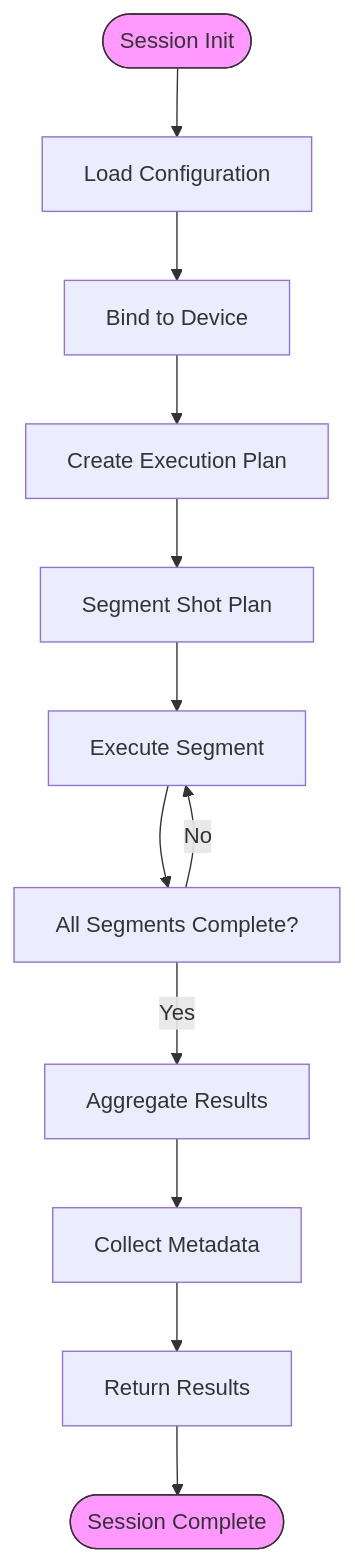
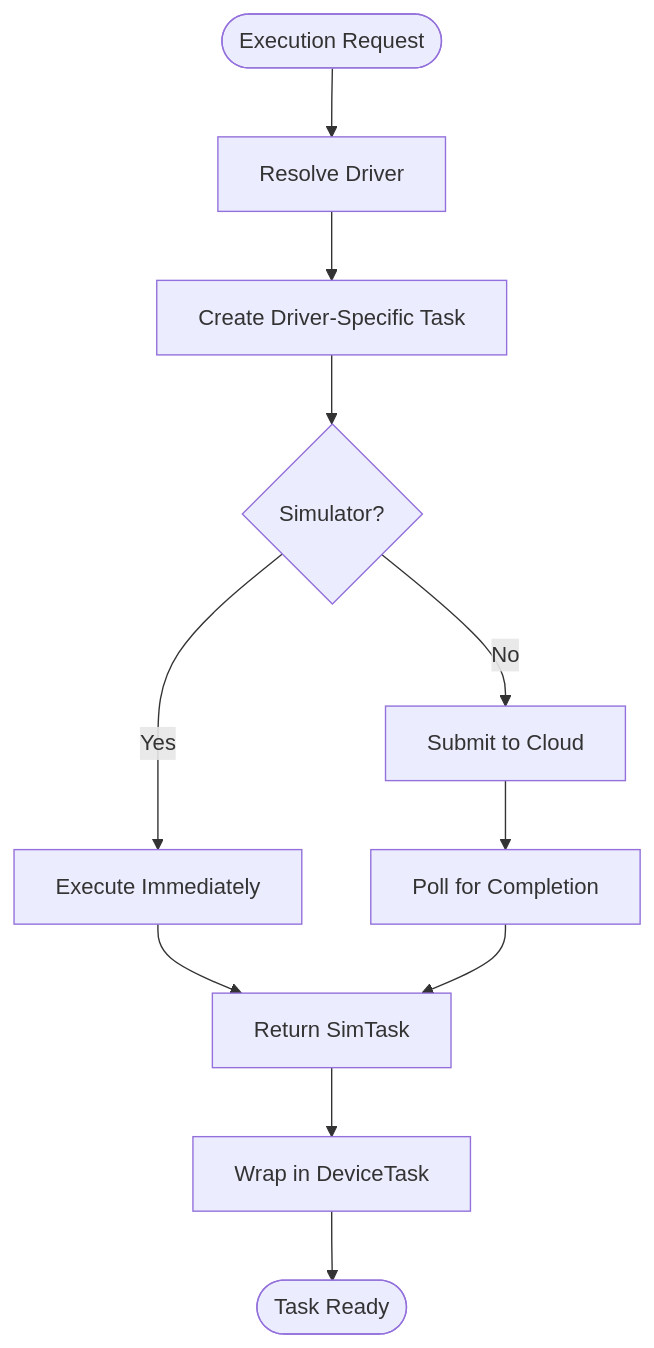
The third of 4 diagrams in .qoder/repowiki/en/content/Device Configuration and Session Management.md (QureGenAI-Biotech/TyxonQ), drawn with Mermaid before and after one commit. The commit also changed other lines of this file and 516 other files, not shown here.

````diff
--- a/.qoder/repowiki/en/content/Device Configuration and Session Management.md
+++ b/.qoder/repowiki/en/content/Device Configuration and Session Management.md
@@ -95,16 +102,13 @@
 ```mermaid
 flowchart TD
-Start([Session Init]) --> Config["Load Configuration"]
-Config --> Device["Bind to Device"]
-Device --> Plan["Create Execution Plan"]
-Plan --> Segment["Segment Shot Plan"]
-Segment --> Execute["Execute Segment"]
-Execute --> Check["All Segments Complete?"]
-Check --> |No| Execute
-Check --> |Yes| Aggregate["Aggregate Results"]
-Aggregate --> Metadata["Collect Metadata"]
-Metadata --> Return["Return Results"]
-Return --> End([Session Complete])
-style Start fill:#f9f,stroke:#333
-style End fill:#f9f,stroke:#333
+Start([Execution Request]) --> Resolve["Resolve Driver"]
+Resolve --> CreateTask["Create Driver-Specific Task"]
+CreateTask --> SimCheck{"Simulator?"}
+SimCheck --> |Yes| SimExec["Execute Immediately"]
+SimCheck --> |No| CloudSubmit["Submit to Cloud"]
+CloudSubmit --> Poll["Poll for Completion"]
+SimExec --> ReturnTask["Return SimTask"]
+Poll --> ReturnTask
+ReturnTask --> Wrap["Wrap in DeviceTask"]
+Wrap --> End([Task Ready])
 ```
````
